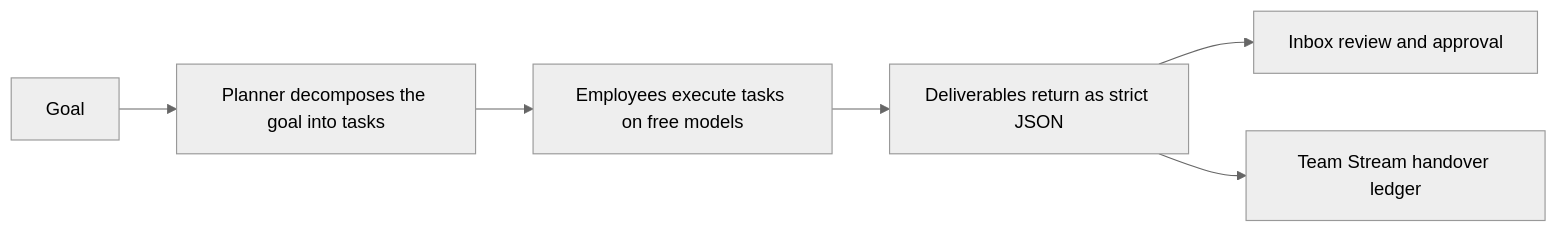
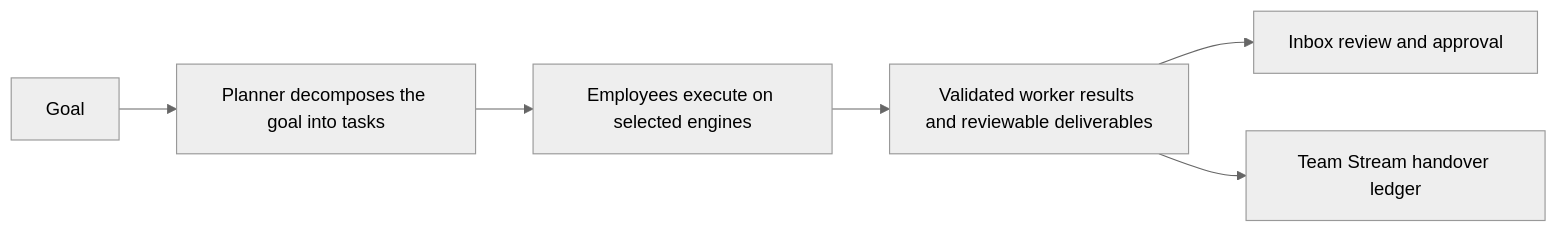
The third of 4 diagrams in README.md (yossefbehairy/Loqman), drawn with Mermaid (neutral theme) before and after one commit. The commit also changed other lines of this file and 245 other files, not shown here.

````diff
--- a/README.md
+++ b/README.md
@@ -96,8 +96,8 @@
 ```mermaid
 flowchart LR
     Goal["Goal"] --> Plan["Planner decomposes the goal into tasks"]
-    Plan --> Exec["Employees execute tasks on free models"]
-    Exec --> Out["Deliverables return as strict JSON"]
+    Plan --> Exec["Employees execute on selected engines"]
+    Exec --> Out["Validated worker results and reviewable deliverables"]
     Out --> Review["Inbox review and approval"]
     Out --> Ledger["Team Stream handover ledger"]
 ```
````
